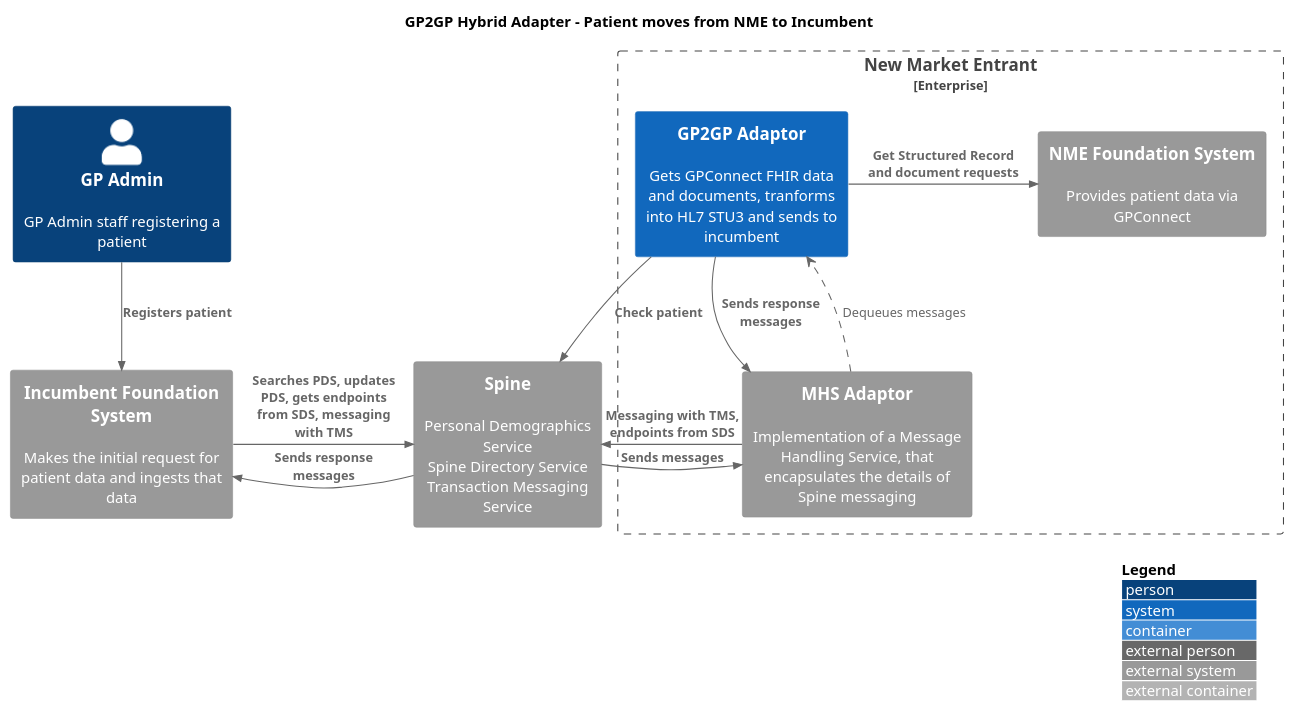
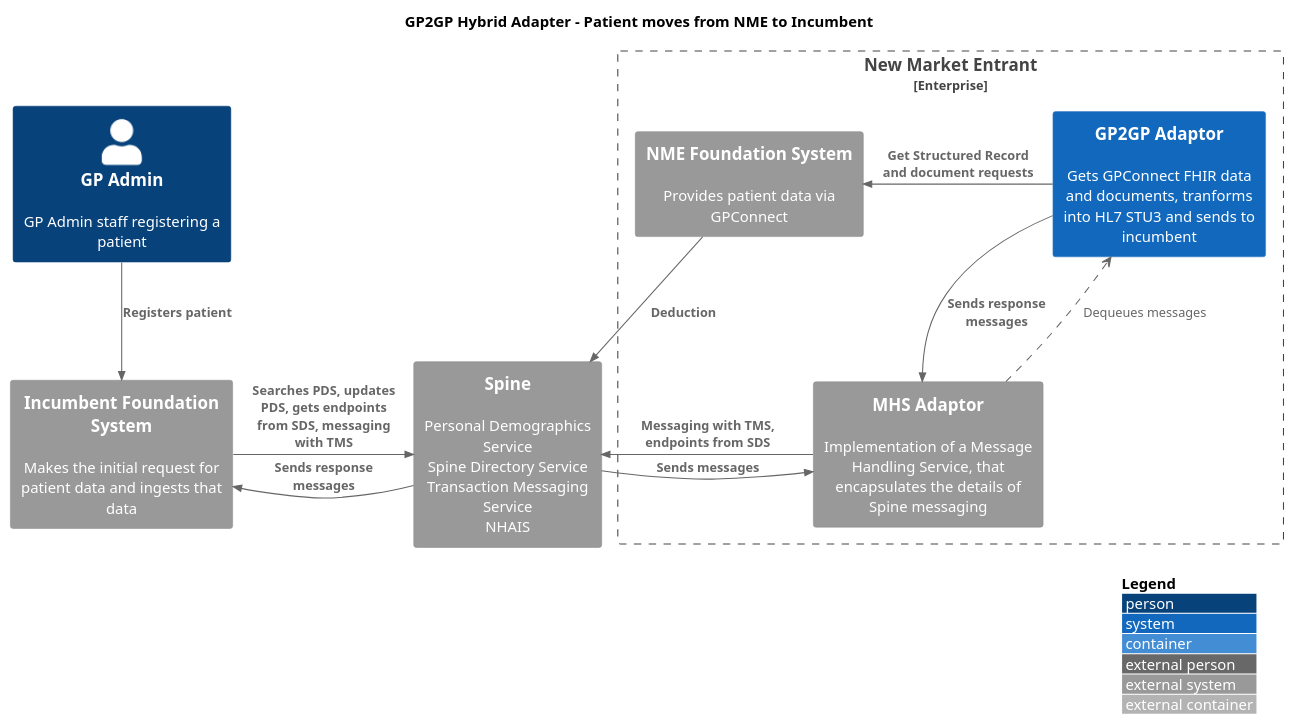
The diagram in architecture/system-context-nme-to-incumbent.puml (NHSDigital/integration-adaptor-gp2gp), drawn with PlantUML before and after one commit. The commit also changed 3 other files, not shown here.

Commit message:
Sequence diagrams

```diff
--- a/architecture/system-context-nme-to-incumbent.puml
+++ b/architecture/system-context-nme-to-incumbent.puml
@@ -1,29 +1,29 @@
 @startuml 
 !includeurl https://raw.githubusercontent.com/RicardoNiepel/C4-PlantUML/release/1-0/C4_Container.puml
 
 title GP2GP Hybrid Adapter - Patient moves from NME to Incumbent
 
 LAYOUT_WITH_LEGEND()
 
 Person(gp, "GP Admin", "GP Admin staff registering a patient")
-System_Ext(requestor, "Incumbent Foundation System", "Makes the initial request for patient data and ingests that data")
+System_Ext(incumbent, "Incumbent Foundation System", "Makes the initial request for patient data and ingests that data")
 
-System_Ext(spine, "Spine", "Personal Demographics Service\nSpine Directory Service\nTransaction Messaging Service")
+System_Ext(spine, "Spine", "Personal Demographics Service\nSpine Directory Service\nTransaction Messaging Service\nNHAIS")
 
 Enterprise_Boundary(ent, "New Market Entrant") {
     System_Ext(mhsSystem, "MHS Adaptor", "Implementation of a Message Handling Service, that encapsulates the details of Spine messaging")
     System(gp2gpSystem, "GP2GP Adaptor", "Gets GPConnect FHIR data and documents, tranforms into HL7 STU3 and sends to incumbent")
-    System_Ext(sendersSystem, "NME Foundation System", "Provides patient data via GPConnect")
+    System_Ext(nme, "NME Foundation System", "Provides patient data via GPConnect")
 }
 
-Rel(gp, requestor, "Registers patient")
-Rel_R(requestor, spine, "Searches PDS, updates PDS, gets endpoints from SDS, messaging with TMS")
-Rel_L(spine, requestor, "Sends response messages")
+Rel(gp, incumbent, "Registers patient")
+Rel_R(incumbent, spine, "Searches PDS, updates PDS, gets endpoints from SDS, messaging with TMS")
+Rel_L(spine, incumbent, "Sends response messages")
 Rel(spine, mhsSystem, "Sends messages")
 mhsSystem ..> gp2gpSystem: Dequeues messages
-Rel_R(gp2gpSystem, sendersSystem, "Get Structured Record and document requests")
+Rel_R(gp2gpSystem, nme, "Get Structured Record and document requests")
 Rel(gp2gpSystem, mhsSystem, "Sends response messages")
 Rel(mhsSystem, spine, "Messaging with TMS, endpoints from SDS")
-Rel(gp2gpSystem, spine, "Check patient")
+Rel(nme, spine, "Deduction")
 
 @enduml
```
